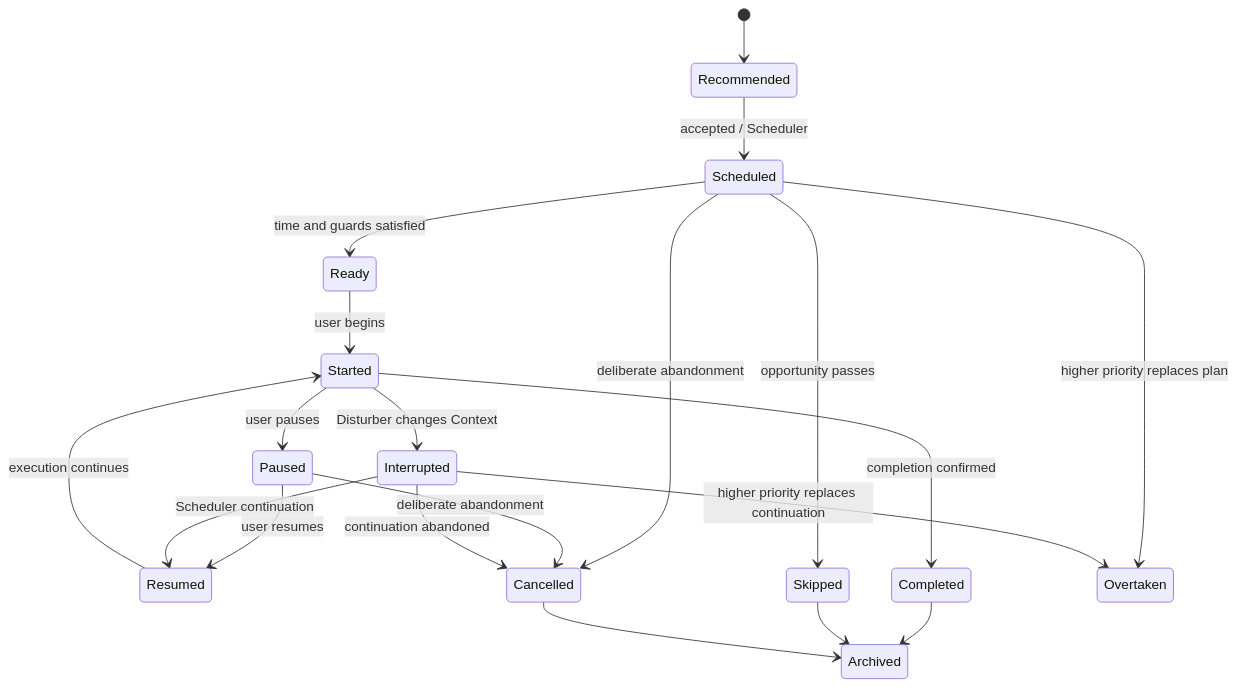
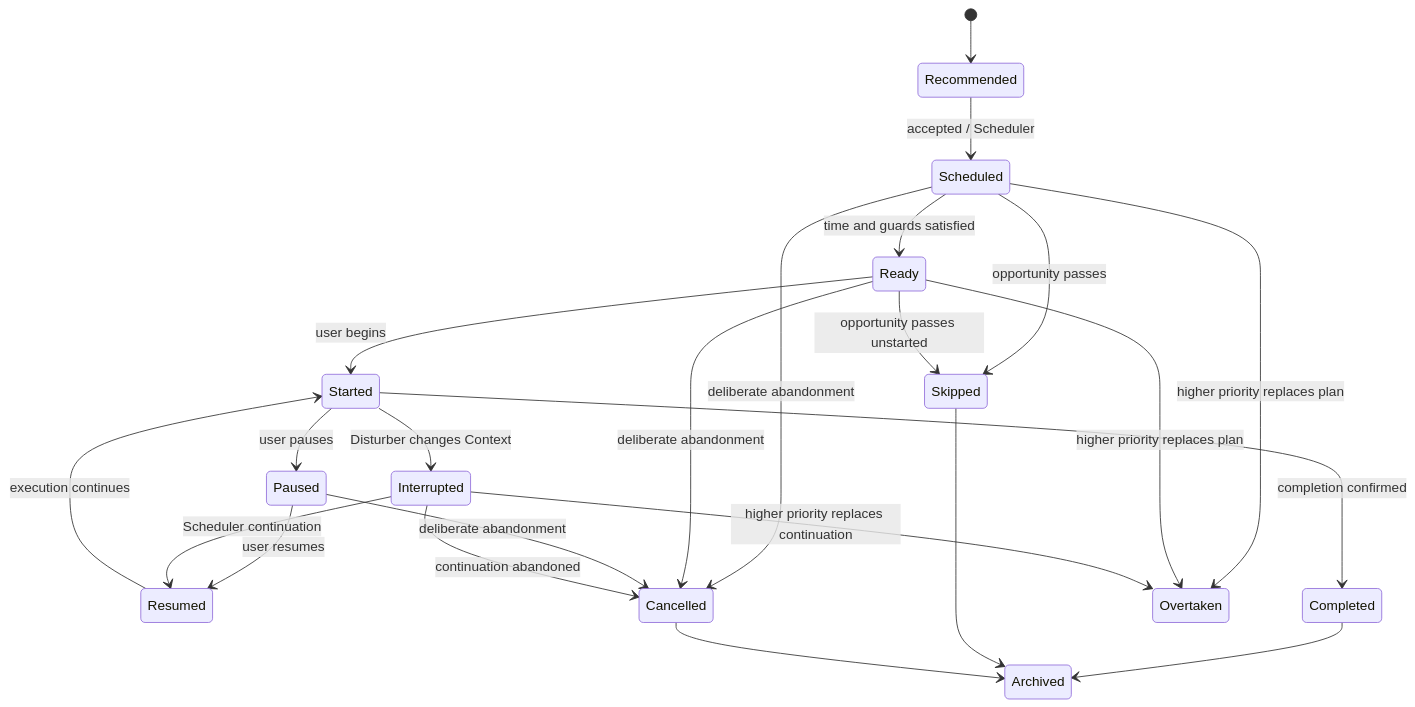
Before and after one commit to adsecurto-boop/PAIOS: the first of 7 diagrams in docs/behavioral/STATE_MACHINES.md, drawn with Mermaid. The commit also changed other lines of this file and 46 other files, not shown here.

````diff
--- a/docs/behavioral/STATE_MACHINES.md
+++ b/docs/behavioral/STATE_MACHINES.md
@@ -41,22 +41,25 @@
 ```mermaid
 stateDiagram-v2
     [*] --> Recommended
     Recommended --> Scheduled: accepted / Scheduler
     Scheduled --> Ready: time and guards satisfied
     Ready --> Started: user begins
     Started --> Paused: user pauses
     Paused --> Resumed: user resumes
     Started --> Interrupted: Disturber changes Context
     Interrupted --> Resumed: Scheduler continuation
     Resumed --> Started: execution continues
     Started --> Completed: completion confirmed
     Scheduled --> Skipped: opportunity passes
+    Ready --> Skipped: opportunity passes unstarted
     Scheduled --> Cancelled: deliberate abandonment
+    Ready --> Cancelled: deliberate abandonment
     Paused --> Cancelled: deliberate abandonment
     Interrupted --> Cancelled: continuation abandoned
     Scheduled --> Overtaken: higher priority replaces plan
+    Ready --> Overtaken: higher priority replaces plan
     Interrupted --> Overtaken: higher priority replaces continuation
     Completed --> Archived
     Skipped --> Archived
     Cancelled --> Archived
 ```
````
